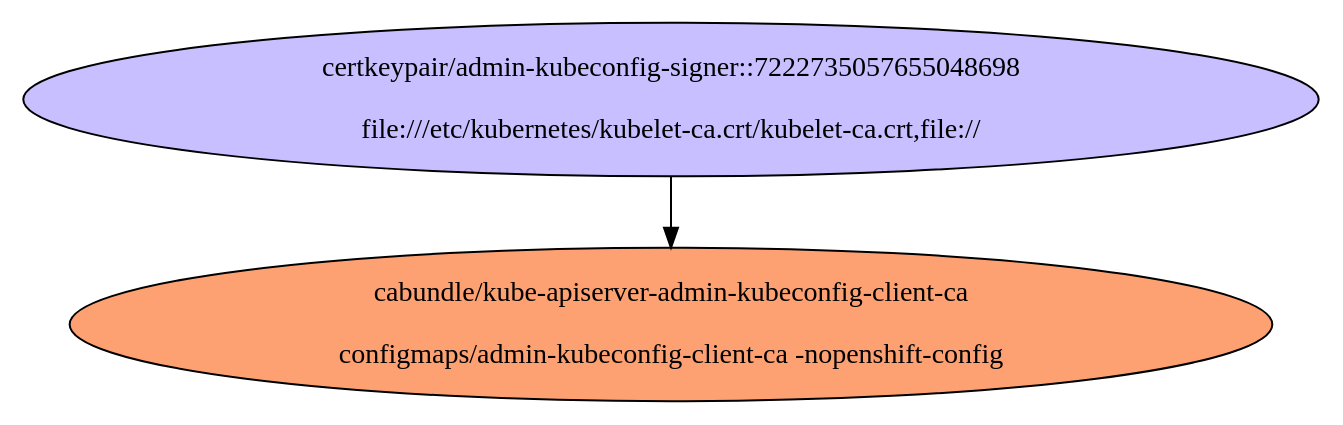
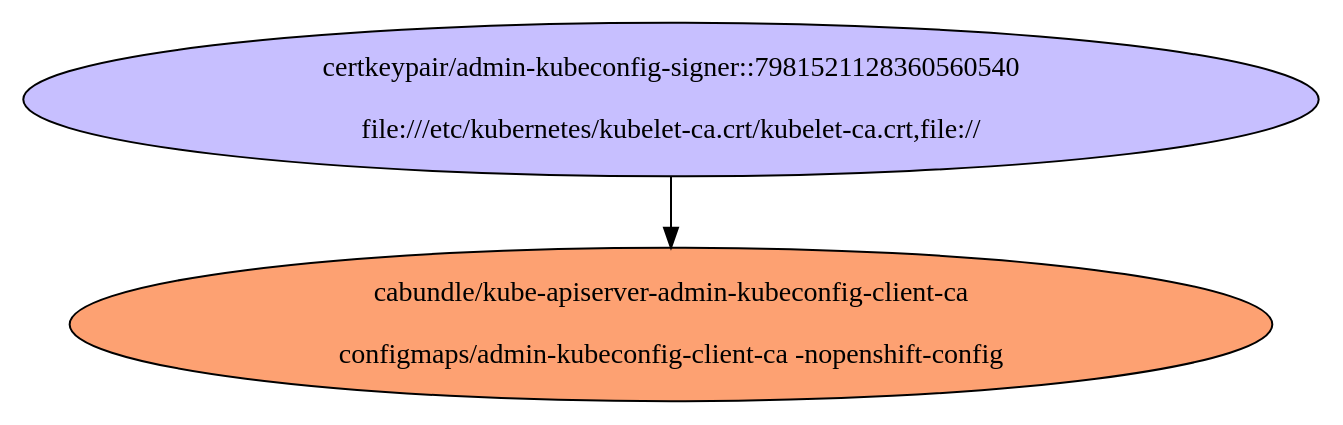
The diagram in tls/docs/kube-apiserver Client Certificates/subca-1227797221.dot (openshift/api), drawn with Graphviz before and after one commit. The commit also changed 557 other files, not shown here.

```diff
--- a/tls/docs/kube-apiserver Client Certificates/subca-1227797221.dot
+++ b/tls/docs/kube-apiserver Client Certificates/subca-1227797221.dot
@@ -1,16 +1,16 @@
 digraph "Local Certificate" {
   // Node definitions.
-  5 [
-    label="certkeypair/admin-kubeconfig-signer::7222735057655048698\n\nfile:///etc/kubernetes/kubelet-ca.crt/kubelet-ca.crt,file://\n"
+  9 [
+    label="certkeypair/admin-kubeconfig-signer::7981521128360560540\n\nfile:///etc/kubernetes/kubelet-ca.crt/kubelet-ca.crt,file://\n"
     style=filled
     fillcolor="#c7bfff"
   ];
-  17 [
+  20 [
     label="cabundle/kube-apiserver-admin-kubeconfig-client-ca\n\nconfigmaps/admin-kubeconfig-client-ca -nopenshift-config\n"
     style=filled
     fillcolor="#fda172"
   ];
 
   // Edge definitions.
-  5 -> 17;
+  9 -> 20;
 }
```
